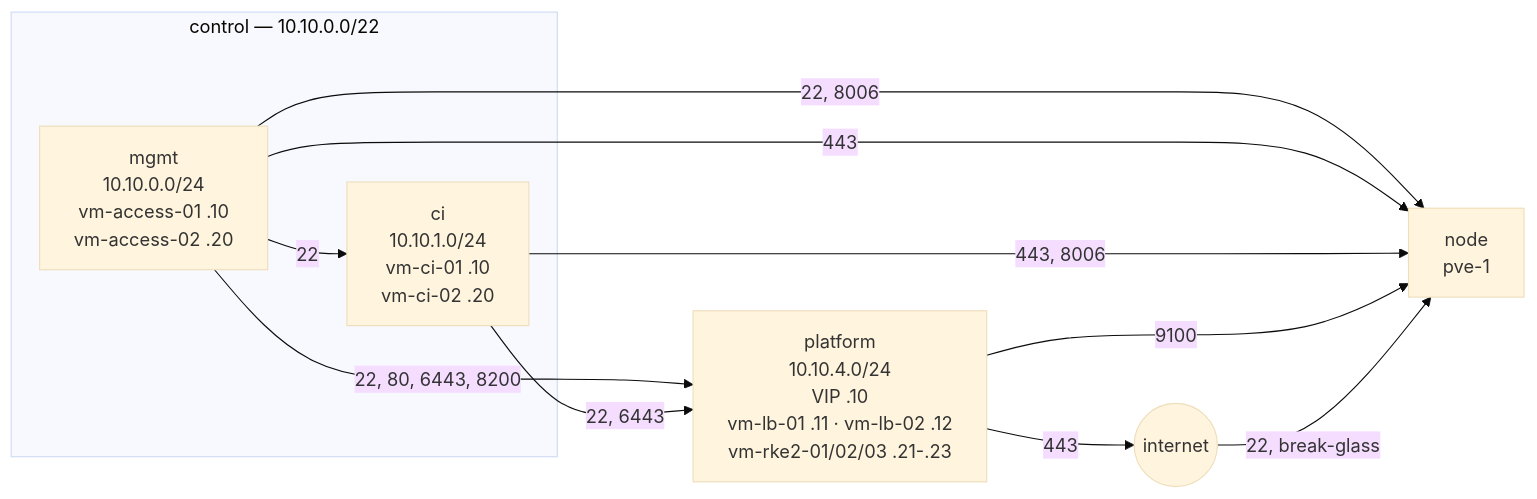
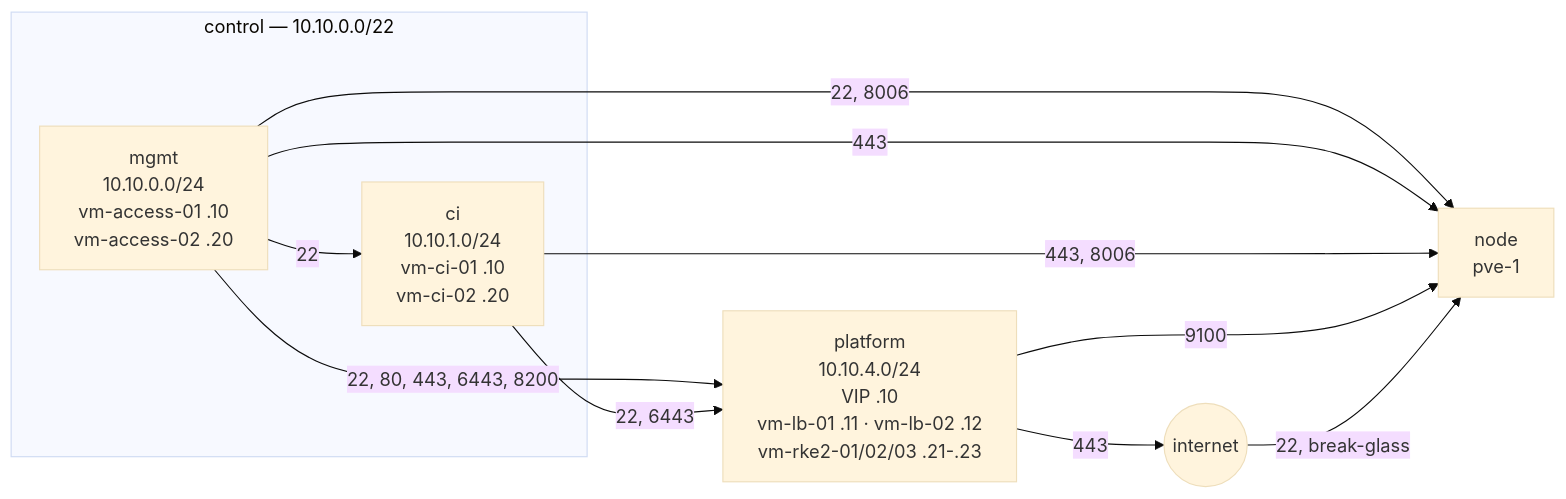
One commit to 0xc0-homelab/infrastructure changed the third of 7 diagrams in docs/architecture.md. Above: the diagram before and after it, drawn with Mermaid (base theme). The commit also changed other lines of this file and 12 other files, not shown here.

````diff
--- a/docs/architecture.md
+++ b/docs/architecture.md
@@ -111,20 +111,20 @@
 ```mermaid
 flowchart LR
   subgraph control["control — 10.10.0.0/22"]
     mgmt["mgmt<br/>10.10.0.0/24<br/>vm-access-01 .10<br/>vm-access-02 .20"]
     ci["ci<br/>10.10.1.0/24<br/>vm-ci-01 .10<br/>vm-ci-02 .20"]
   end
   platform["platform<br/>10.10.4.0/24<br/>VIP .10<br/>vm-lb-01 .11 · vm-lb-02 .12<br/>vm-rke2-01/02/03 .21-.23"]
   node["node<br/>pve-1"]
   internet(("internet"))
 
   mgmt -- "22" --> ci
-  mgmt -- "22, 80, 6443, 8200" --> platform
+  mgmt -- "22, 80, 443, 6443, 8200" --> platform
   mgmt -- "22, 8006" --> node
   mgmt -- "443" --> node
   ci -- "22, 6443" --> platform
   ci -- "443, 8006" --> node
   platform -- "9100" --> node
   platform -- "443" --> internet
   internet -- "22, break-glass" --> node
 ```
````
